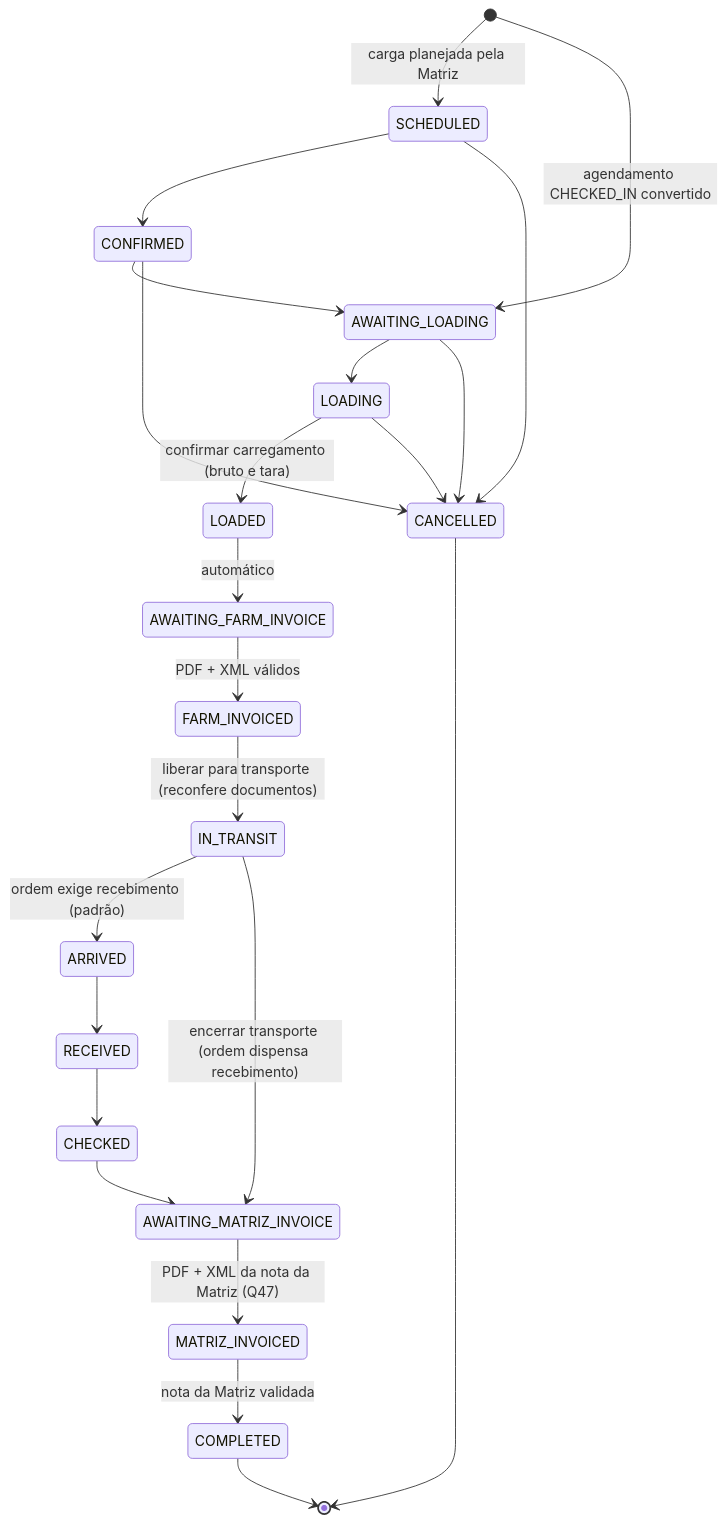
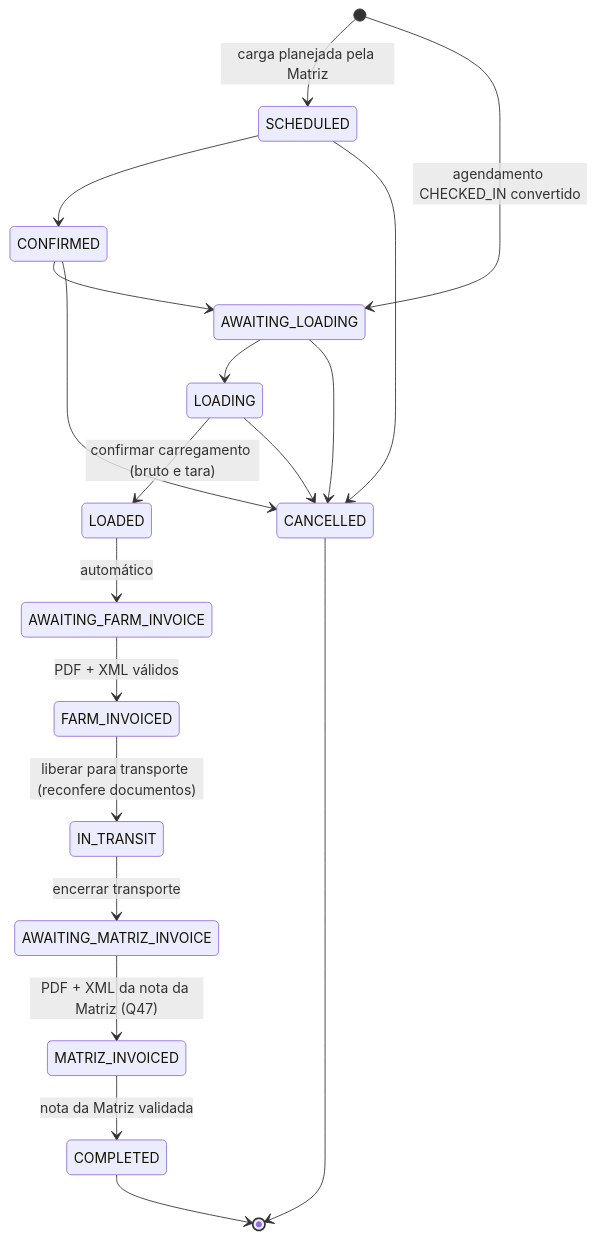
Before and after one commit to antoniocavali/Ordens_2.0: the second of 3 diagrams in docs/state-machines.md, drawn with Mermaid. The commit also changed other lines of this file and 24 other files, not shown here.

First line of the commit message:
feat(ordens): transporte da ordem no agendamento, sem recebimento, agendar e criar carga pela ordem

````diff
--- a/docs/state-machines.md
+++ b/docs/state-machines.md
@@ -58,25 +58,21 @@
 ```mermaid
 stateDiagram-v2
   [*] --> SCHEDULED: carga planejada pela Matriz
   [*] --> AWAITING_LOADING: agendamento CHECKED_IN convertido
   SCHEDULED --> CONFIRMED
   CONFIRMED --> AWAITING_LOADING
   AWAITING_LOADING --> LOADING
   LOADING --> LOADED: confirmar carregamento (bruto e tara)
   LOADED --> AWAITING_FARM_INVOICE: automático
   AWAITING_FARM_INVOICE --> FARM_INVOICED: PDF + XML válidos
   FARM_INVOICED --> IN_TRANSIT: liberar para transporte (reconfere documentos)
-  IN_TRANSIT --> ARRIVED: ordem exige recebimento (padrão)
-  IN_TRANSIT --> AWAITING_MATRIZ_INVOICE: encerrar transporte (ordem dispensa recebimento)
-  ARRIVED --> RECEIVED
-  RECEIVED --> CHECKED
-  CHECKED --> AWAITING_MATRIZ_INVOICE
+  IN_TRANSIT --> AWAITING_MATRIZ_INVOICE: encerrar transporte
   AWAITING_MATRIZ_INVOICE --> MATRIZ_INVOICED: PDF + XML da nota da Matriz (Q47)
   MATRIZ_INVOICED --> COMPLETED: nota da Matriz validada
   SCHEDULED --> CANCELLED
   CONFIRMED --> CANCELLED
   AWAITING_LOADING --> CANCELLED
   LOADING --> CANCELLED
   COMPLETED --> [*]
   CANCELLED --> [*]
 ```
````
